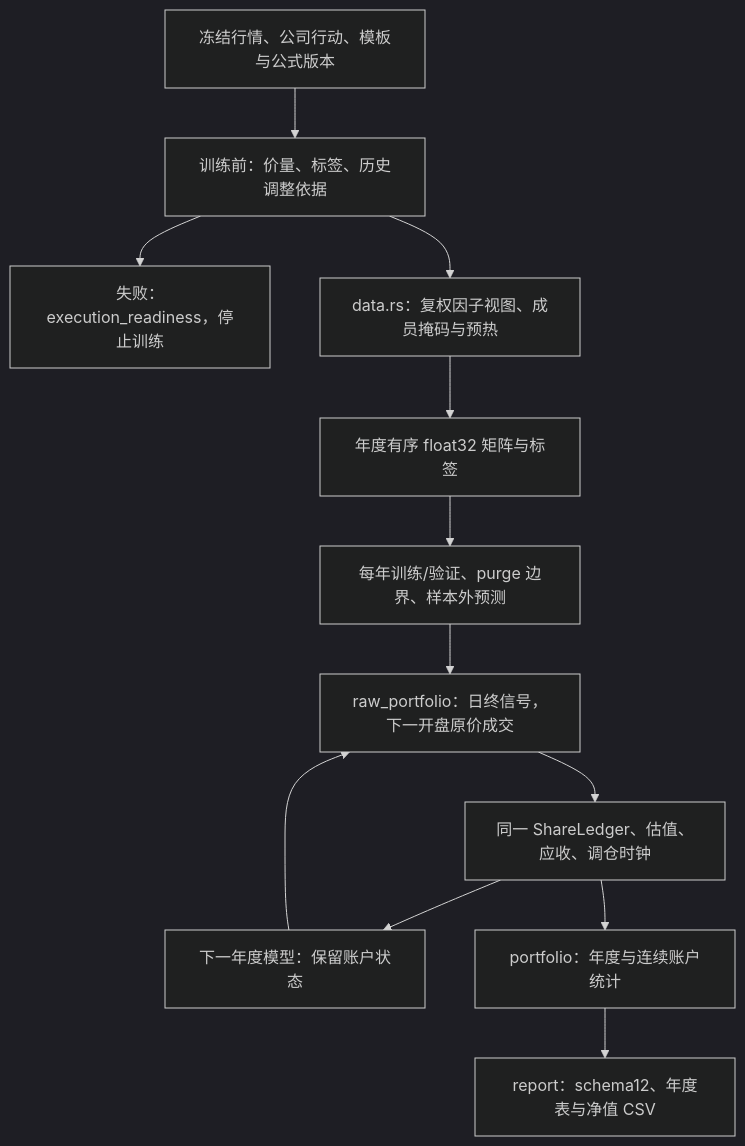
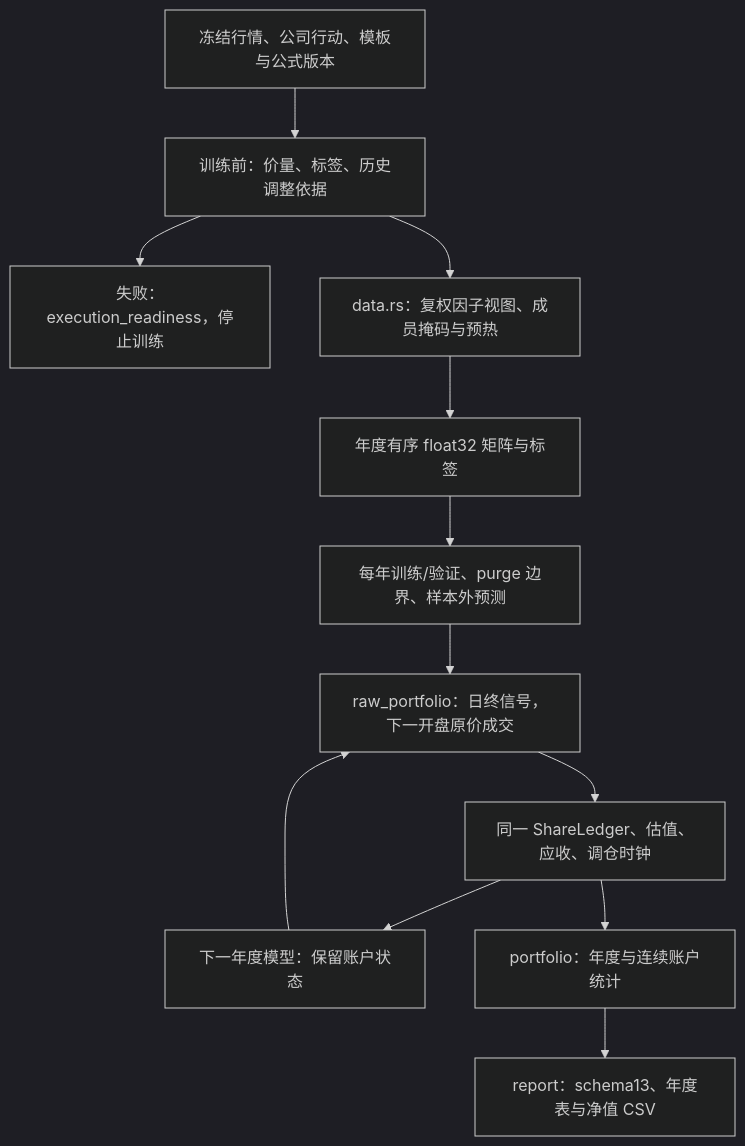
One commit to Dennishaha/JFQuant changed the first of 4 diagrams in crates/ml/src/backtest/README.md. Above: the diagram before and after it, drawn with Mermaid (dark theme). The commit also changed other lines of this file and 78 other files, not shown here.

````diff
--- a/crates/ml/src/backtest/README.md
+++ b/crates/ml/src/backtest/README.md
@@ -16,14 +16,14 @@
 ```mermaid
 flowchart TD
   INPUT["冻结行情、公司行动、模板与公式版本"] --> READY["训练前：价量、标签、历史调整依据"]
   READY --> BLOCK["失败：execution_readiness，停止训练"]
   READY --> FACTOR["data.rs：复权因子视图、成员掩码与预热"]
   FACTOR --> CACHE["年度有序 float32 矩阵与标签"]
   CACHE --> MODEL["每年训练/验证、purge 边界、样本外预测"]
   MODEL --> RAW["raw_portfolio：日终信号，下一开盘原价成交"]
   RAW --> ACCOUNT["同一 ShareLedger、估值、应收、调仓时钟"]
   ACCOUNT --> NEXT["下一年度模型：保留账户状态"]
   NEXT --> RAW
   ACCOUNT --> STATS["portfolio：年度与连续账户统计"]
-  STATS --> REPORT["report：schema12、年度表与净值 CSV"]
+  STATS --> REPORT["report：schema13、年度表与净值 CSV"]
 ```
````
